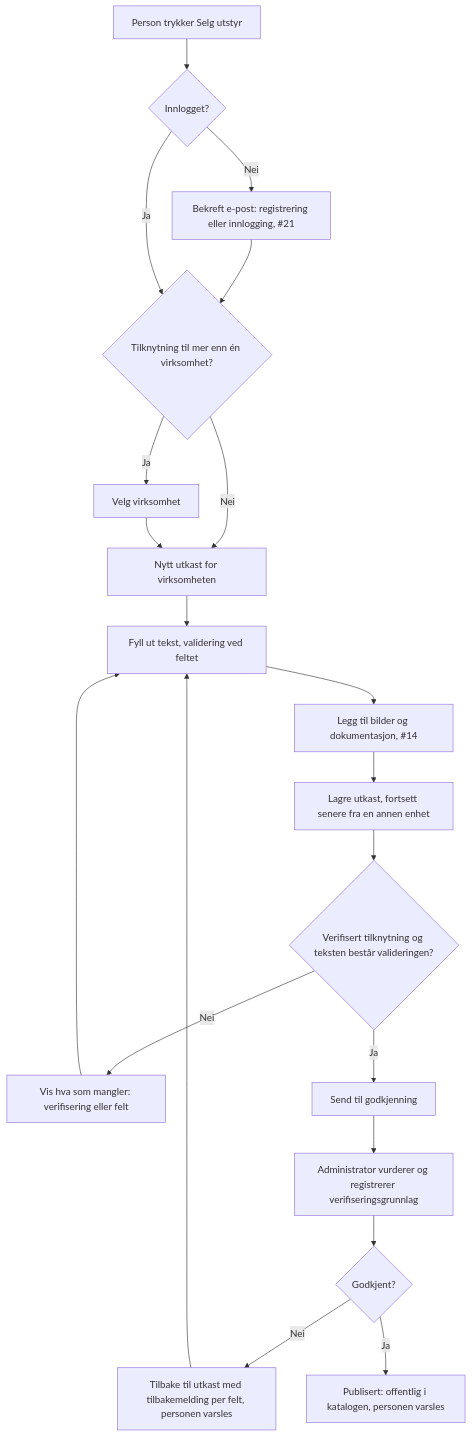
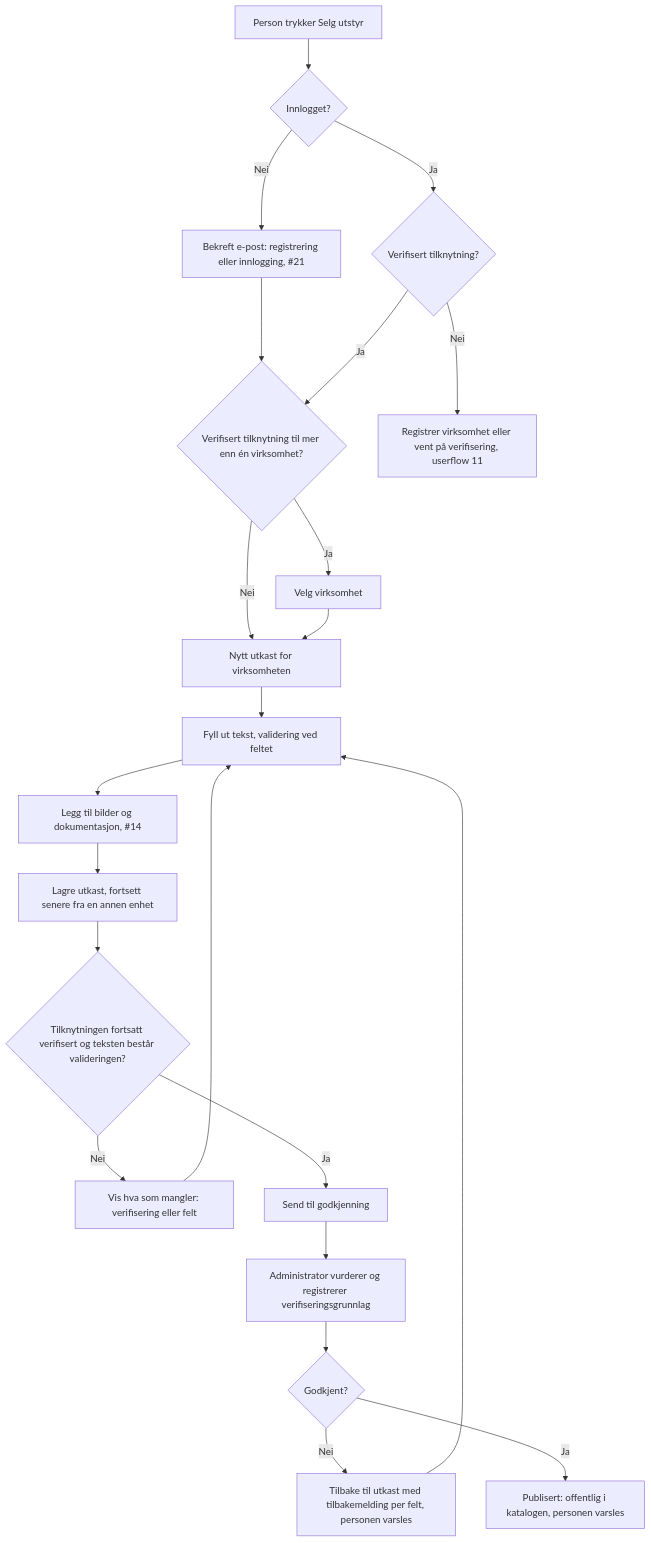
The diagram in docs/userflows/diagrams/12-listing-to-published.mmd (vardaasen/prosjekt), drawn with Mermaid before and after one commit. The commit also changed 35 other files, not shown here.

```diff
--- a/docs/userflows/diagrams/12-listing-to-published.mmd
+++ b/docs/userflows/diagrams/12-listing-to-published.mmd
@@ -1,20 +1,22 @@
 flowchart TD
     A[Person trykker Selg utstyr] --> B{Innlogget?}
     B -- Nei --> C[Bekreft e-post: registrering eller innlogging, #21]
     C --> D
-    B -- Ja --> D{Tilknytning til mer enn én virksomhet?}
+    B -- Ja --> V{Verifisert tilknytning?}
+    V -- Nei --> W[Registrer virksomhet eller vent på verifisering, userflow 11]
+    V -- Ja --> D{Verifisert tilknytning til mer enn én virksomhet?}
     D -- Ja --> E[Velg virksomhet]
     D -- Nei --> F[Nytt utkast for virksomheten]
     E --> F
     F --> G[Fyll ut tekst, validering ved feltet]
     G --> H[Legg til bilder og dokumentasjon, #14]
     H --> I[Lagre utkast, fortsett senere fra en annen enhet]
-    I --> J{Verifisert tilknytning og teksten består valideringen?}
+    I --> J{Tilknytningen fortsatt verifisert og teksten består valideringen?}
     J -- Nei --> K[Vis hva som mangler: verifisering eller felt]
     K --> G
     J -- Ja --> L[Send til godkjenning]
     L --> M[Administrator vurderer og registrerer verifiseringsgrunnlag]
     M --> N{Godkjent?}
     N -- Nei --> O[Tilbake til utkast med tilbakemelding per felt, personen varsles]
     O --> G
     N -- Ja --> P[Publisert: offentlig i katalogen, personen varsles]
```
